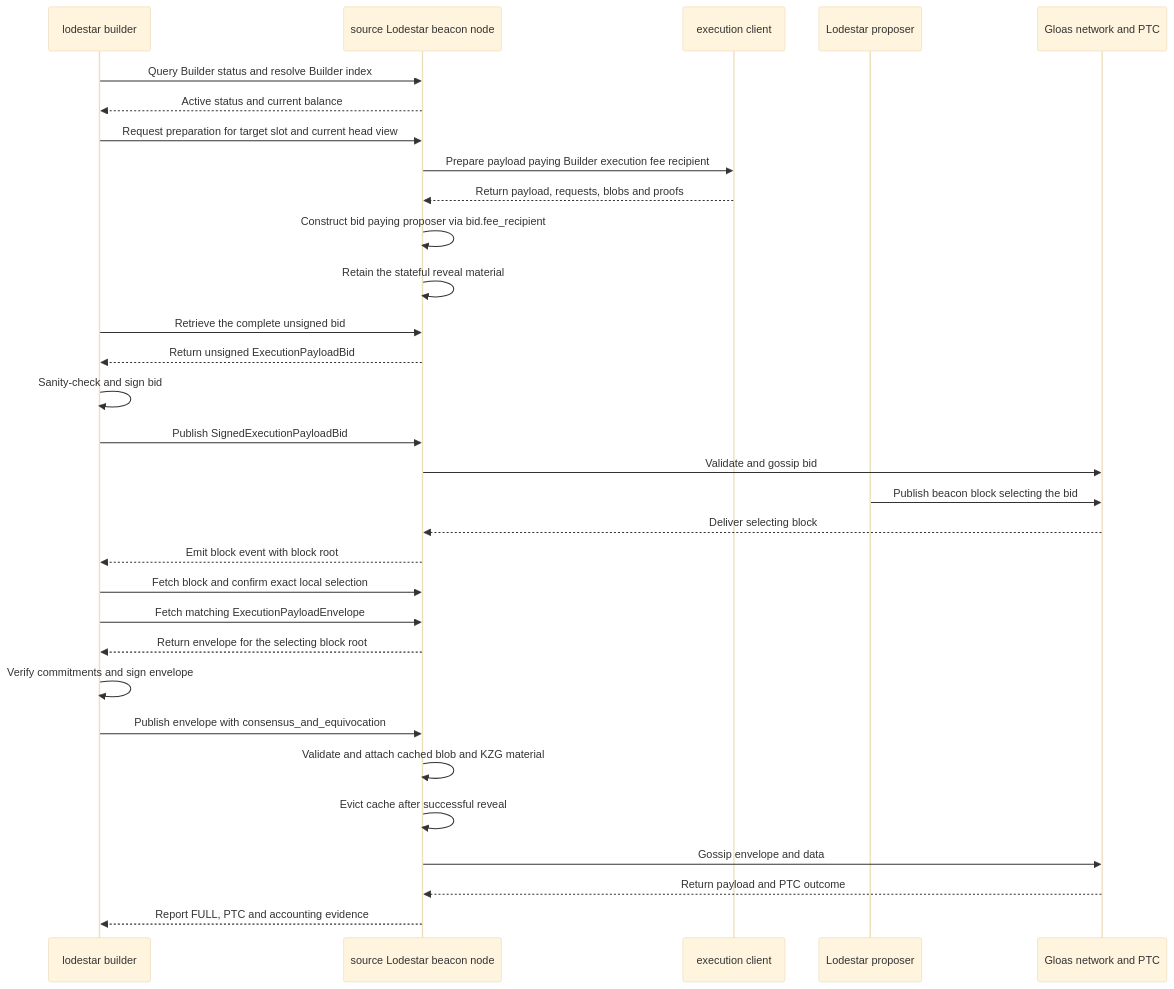
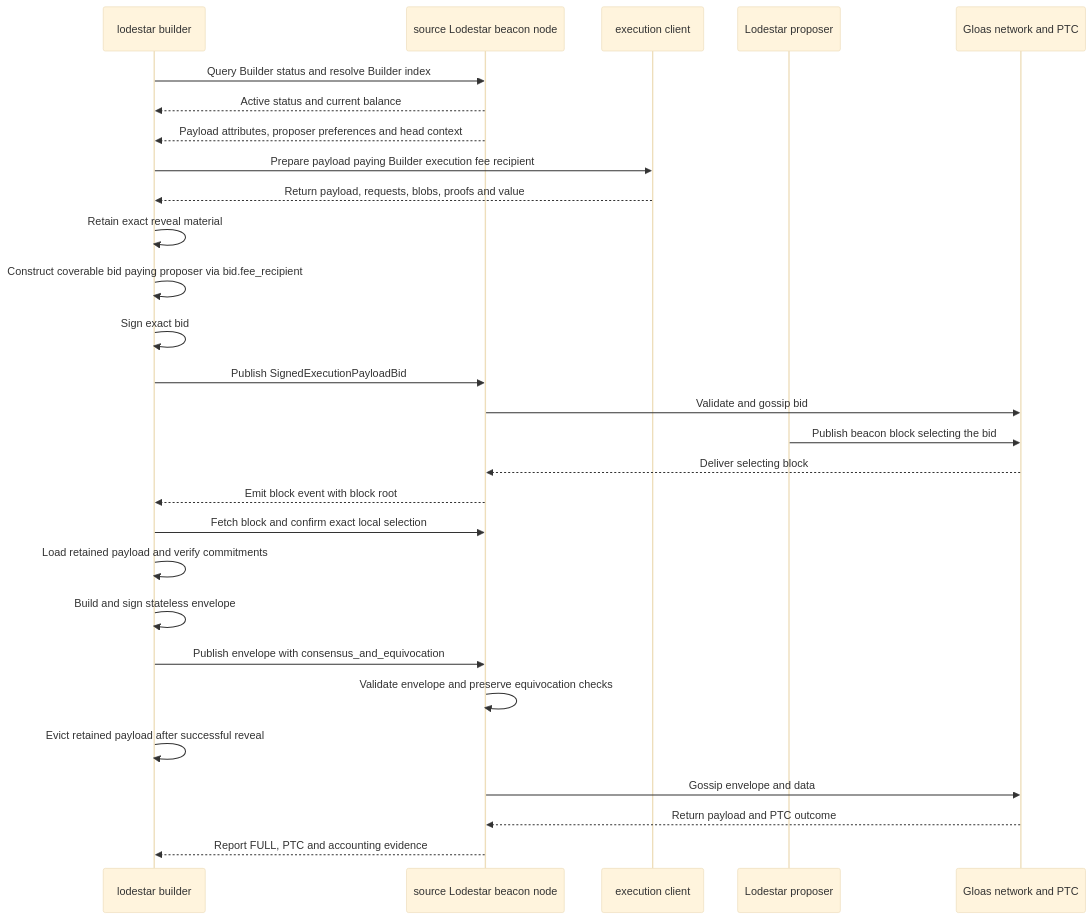
One commit to krisoshea-eth/lodestar-eip-7732-builder-docs changed the third of 16 diagrams in docs/implementation-plan.md. Above: the diagram before and after it, drawn with Mermaid (base theme). The commit also changed other lines of this file and 3 other files, not shown here.

Commit message:
docs: complete direct-engine plan reconciliation

````diff
--- a/docs/implementation-plan.md
+++ b/docs/implementation-plan.md
@@ -252,34 +250,31 @@
 ```mermaid
 sequenceDiagram
     participant Builder as lodestar builder
     participant Beacon as source Lodestar beacon node
     participant Engine as execution client
     participant Proposer as Lodestar proposer
     participant Network as Gloas network and PTC
 
     Builder->>Beacon: Query Builder status and resolve Builder index
     Beacon-->>Builder: Active status and current balance
-    Builder->>Beacon: Request preparation for target slot and current head view
-    Beacon->>Engine: Prepare payload paying Builder execution fee recipient
-    Engine-->>Beacon: Return payload, requests, blobs and proofs
-    Beacon->>Beacon: Construct bid paying proposer via bid.fee_recipient
-    Beacon->>Beacon: Retain the stateful reveal material
-    Builder->>Beacon: Retrieve the complete unsigned bid
-    Beacon-->>Builder: Return unsigned ExecutionPayloadBid
-    Builder->>Builder: Sanity-check and sign bid
+    Beacon-->>Builder: Payload attributes, proposer preferences and head context
+    Builder->>Engine: Prepare payload paying Builder execution fee recipient
+    Engine-->>Builder: Return payload, requests, blobs, proofs and value
+    Builder->>Builder: Retain exact reveal material
+    Builder->>Builder: Construct coverable bid paying proposer via bid.fee_recipient
+    Builder->>Builder: Sign exact bid
     Builder->>Beacon: Publish SignedExecutionPayloadBid
     Beacon->>Network: Validate and gossip bid
     Proposer->>Network: Publish beacon block selecting the bid
     Network-->>Beacon: Deliver selecting block
     Beacon-->>Builder: Emit block event with block root
     Builder->>Beacon: Fetch block and confirm exact local selection
-    Builder->>Beacon: Fetch matching ExecutionPayloadEnvelope
-    Beacon-->>Builder: Return envelope for the selecting block root
-    Builder->>Builder: Verify commitments and sign envelope
+    Builder->>Builder: Load retained payload and verify commitments
+    Builder->>Builder: Build and sign stateless envelope
     Builder->>Beacon: Publish envelope with consensus_and_equivocation
-    Beacon->>Beacon: Validate and attach cached blob and KZG material
-    Beacon->>Beacon: Evict cache after successful reveal
+    Beacon->>Beacon: Validate envelope and preserve equivocation checks
+    Builder->>Builder: Evict retained payload after successful reveal
     Beacon->>Network: Gossip envelope and data
     Network-->>Beacon: Return payload and PTC outcome
     Beacon-->>Builder: Report FULL, PTC and accounting evidence
 ```
````
